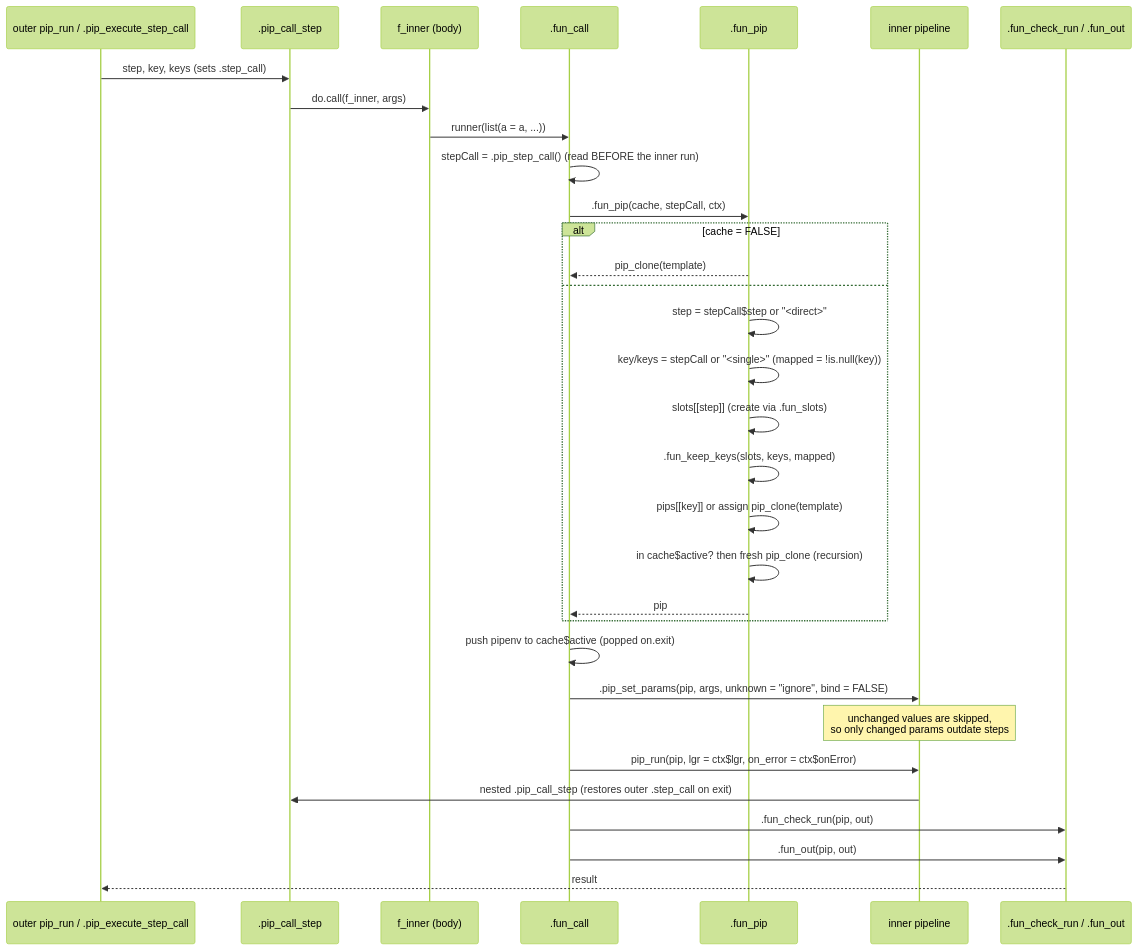
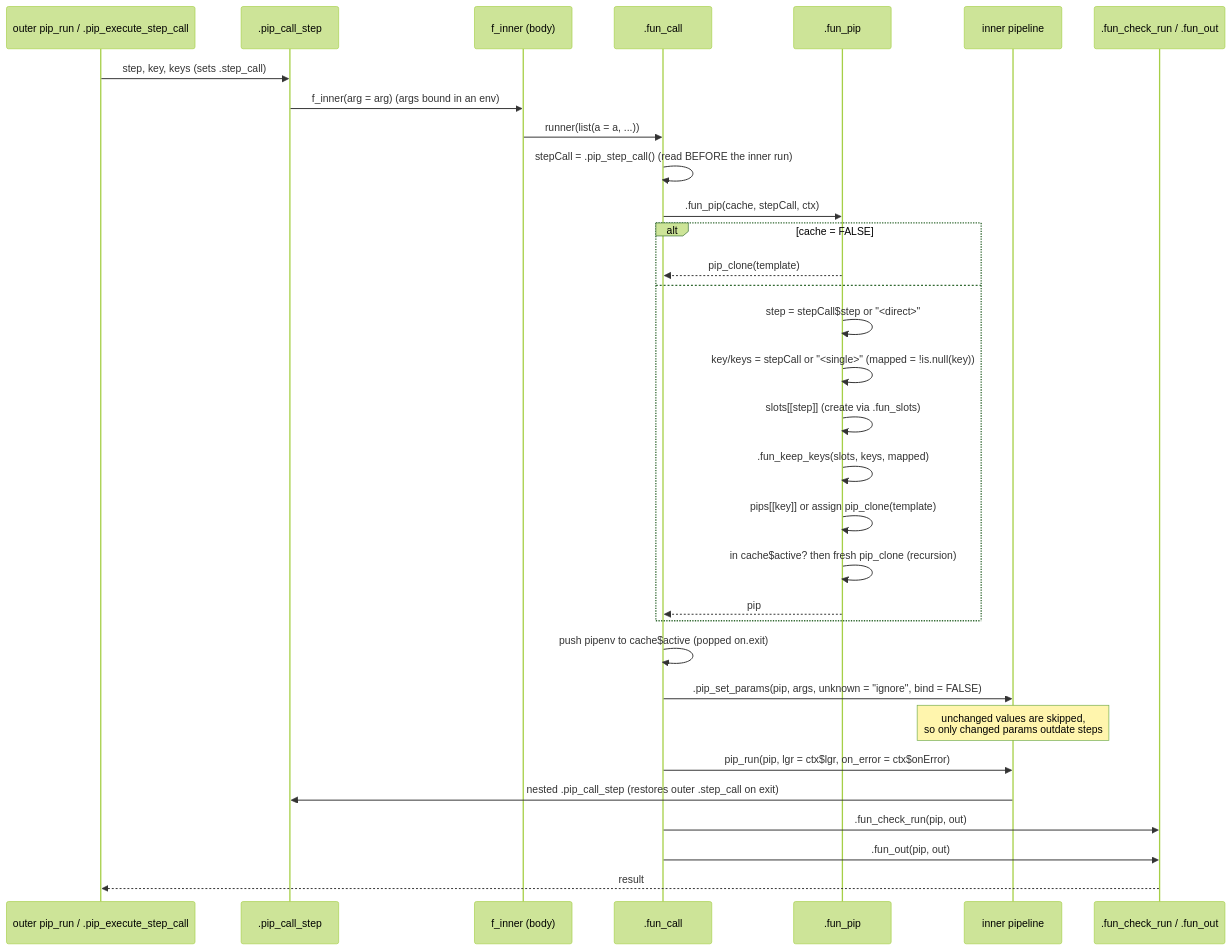
The third of 6 diagrams in dev/as_function.md (rpahl/pipeflow), drawn with Mermaid (forest theme) before and after one commit. The commit also changed 3 other files, not shown here.

````diff
--- a/dev/as_function.md
+++ b/dev/as_function.md
@@ -104,35 +104,35 @@
 ```mermaid
 sequenceDiagram
     participant O as outer pip_run / .pip_execute_step_call
     participant CS as .pip_call_step
     participant F as f_inner (body)
     participant C as .fun_call
     participant P as .fun_pip
     participant I as inner pipeline
     participant K as .fun_check_run / .fun_out
 
     O->>CS: step, key, keys (sets .step_call)
-    CS->>F: do.call(f_inner, args)
+    CS->>F: f_inner(arg = arg) (args bound in an env)
     F->>C: runner(list(a = a, ...))
     C->>C: stepCall = .pip_step_call()  (read BEFORE the inner run)
     C->>P: .fun_pip(cache, stepCall, ctx)
     alt cache = FALSE
         P-->>C: pip_clone(template)
     else
         P->>P: step = stepCall$step or "<direct>"
         P->>P: key/keys = stepCall or "<single>" (mapped = !is.null(key))
         P->>P: slots[[step]] (create via .fun_slots)
         P->>P: .fun_keep_keys(slots, keys, mapped)
         P->>P: pips[[key]] or assign pip_clone(template)
         P->>P: in cache$active? then fresh pip_clone (recursion)
         P-->>C: pip
     end
     C->>C: push pipenv to cache$active (popped on.exit)
     C->>I: .pip_set_params(pip, args, unknown = "ignore", bind = FALSE)
     Note over I: unchanged values are skipped,<br/>so only changed params outdate steps
     C->>I: pip_run(pip, lgr = ctx$lgr, on_error = ctx$onError)
     I->>CS: nested .pip_call_step (restores outer .step_call on exit)
     C->>K: .fun_check_run(pip, out)
     C->>K: .fun_out(pip, out)
     K-->>O: result
 ```
````
